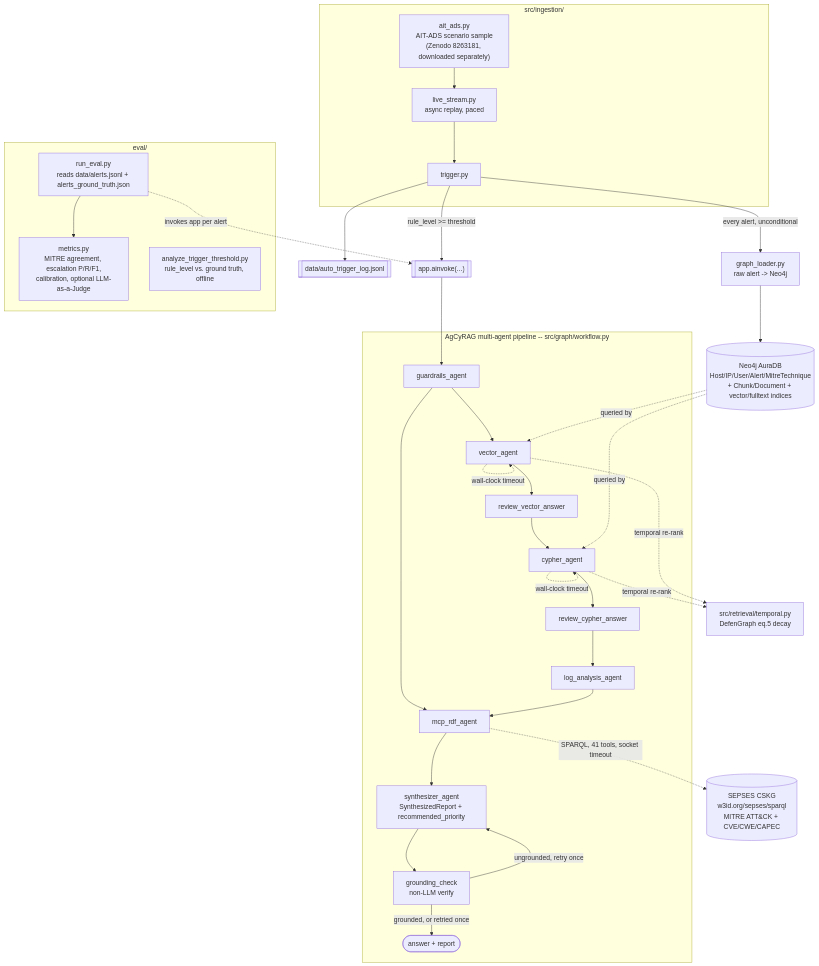
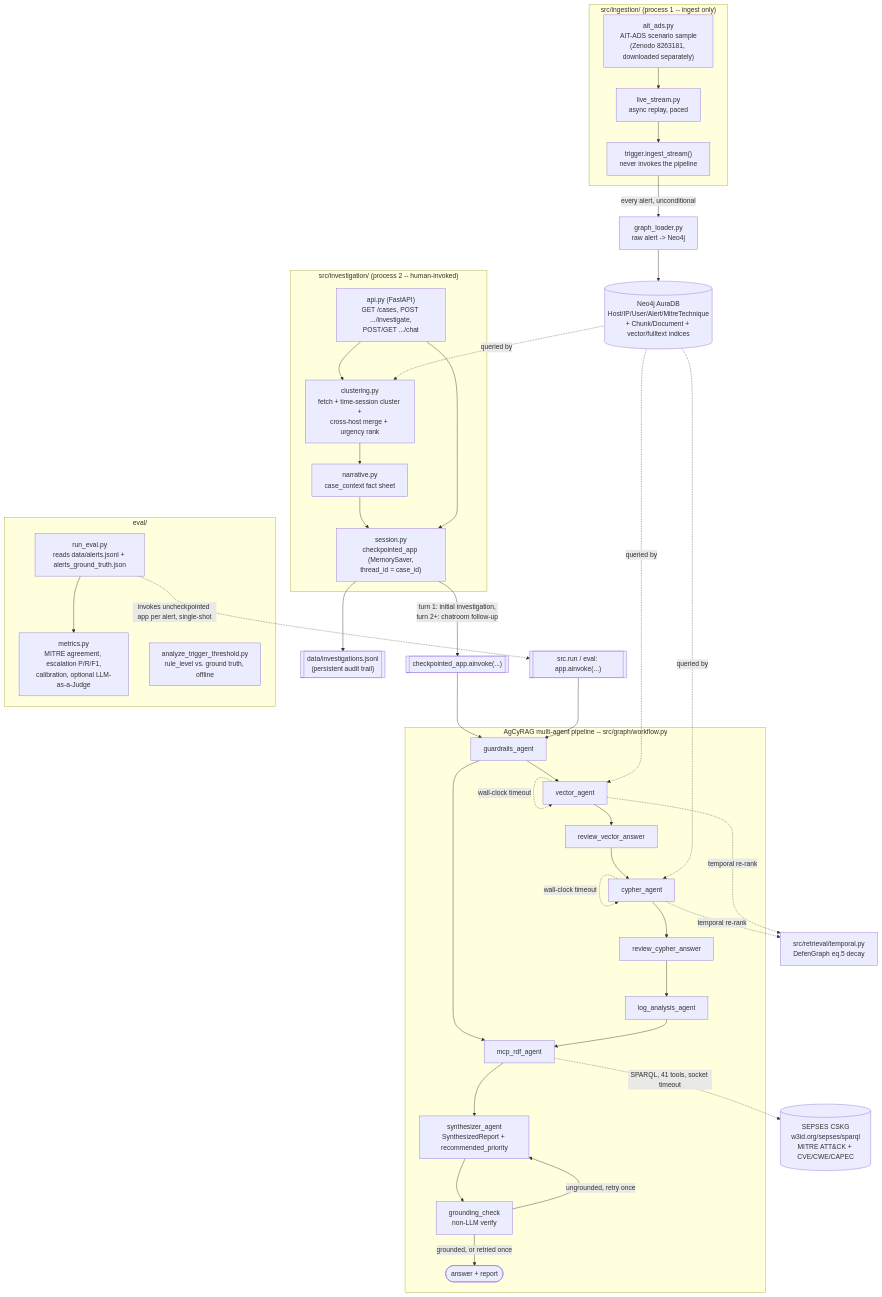
The diagram in PROTOTYPE.md (nauraranantya/multi-agents-cykg-rag), drawn with Mermaid before and after one commit. The commit also changed other lines of this file and 42 other files, not shown here.

````diff
--- a/PROTOTYPE.md
+++ b/PROTOTYPE.md
@@ -40,41 +44,52 @@
 ```mermaid
 flowchart TD
-    subgraph P1["src/ingestion/"]
+    subgraph P1["src/ingestion/ (process 1 -- ingest only)"]
         AA["ait_ads.py<br/>AIT-ADS scenario sample<br/>(Zenodo 8263181, downloaded separately)"] --> LS["live_stream.py<br/>async replay, paced"]
-        LS --> TR["trigger.py"]
+        LS --> TR["trigger.ingest_stream()<br/>never invokes the pipeline"]
     end
 
     TR -->|every alert, unconditional| GL["graph_loader.py<br/>raw alert -> Neo4j"]
     GL --> NEO[("Neo4j AuraDB<br/>Host/IP/User/Alert/MitreTechnique<br/>+ Chunk/Document + vector/fulltext indices")]
-    TR -->|rule_level >= threshold| APP[["app.ainvoke(...)"]]
+
+    subgraph P2["src/investigation/ (process 2 -- human-invoked)"]
+        CL["clustering.py<br/>fetch + time-session cluster +<br/>cross-host merge + urgency rank"]
+        NAR["narrative.py<br/>case_context fact sheet"]
+        SESS["session.py<br/>checkpointed_app (MemorySaver,<br/>thread_id = case_id)"]
+        CL --> NAR --> SESS
+        API["api.py (FastAPI)<br/>GET /cases, POST .../investigate,<br/>POST/GET .../chat"] --> CL
+        API --> SESS
+    end
+    NEO -.queried by.-> CL
+    SESS -->|turn 1: initial investigation,<br/>turn 2+: chatroom follow-up| APP[["checkpointed_app.ainvoke(...)"]]
 
     subgraph WF["AgCyRAG multi-agent pipeline -- src/graph/workflow.py"]
         GR["guardrails_agent"] --> VEC["vector_agent"]
         GR --> MCPA["mcp_rdf_agent"]
         VEC -.wall-clock timeout.-> VEC
         VEC --> RV["review_vector_answer"] --> CYP["cypher_agent"]
         CYP -.wall-clock timeout.-> CYP
         CYP --> RC["review_cypher_answer"] --> LA["log_analysis_agent"]
         LA --> MCPA
         MCPA --> SYN["synthesizer_agent<br/>SynthesizedReport + recommended_priority"]
         SYN --> GC["grounding_check<br/>non-LLM verify"]
         GC -->|ungrounded, retry once| SYN
         GC -->|grounded, or retried once| DONE(["answer + report"])
     end
     APP --> GR
 
     MCPA -.SPARQL, 41 tools, socket timeout.-> CSKG[("SEPSES CSKG<br/>w3id.org/sepses/sparql<br/>MITRE ATT&CK + CVE/CWE/CAPEC")]
 
     NEO -.queried by.-> CYP
     NEO -.queried by.-> VEC
     CYP -.temporal re-rank.-> TW["src/retrieval/temporal.py<br/>DefenGraph eq.5 decay"]
     VEC -.temporal re-rank.-> TW
 
-    TR --> LOG[["data/auto_trigger_log.jsonl"]]
+    SESS --> ILOG[["data/investigations.jsonl<br/>(persistent audit trail)"]]
 
     subgraph EV["eval/"]
         RE["run_eval.py<br/>reads data/alerts.jsonl + alerts_ground_truth.json"] --> MET["metrics.py<br/>MITRE agreement, escalation P/R/F1,<br/>calibration, optional LLM-as-a-Judge"]
         ATT["analyze_trigger_threshold.py<br/>rule_level vs. ground truth, offline"]
     end
-    RE -.invokes app per alert.-> APP
+    RE -.invokes uncheckpointed app per alert, single-shot.-> RUNAPP[["src.run / eval: app.ainvoke(...)"]]
+    RUNAPP --> GR
 ```
````
